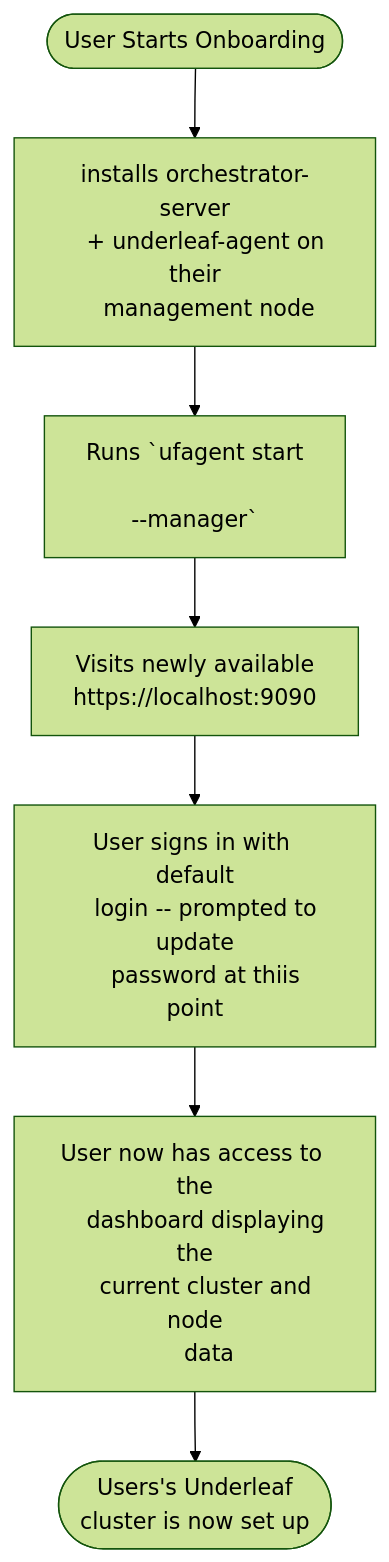
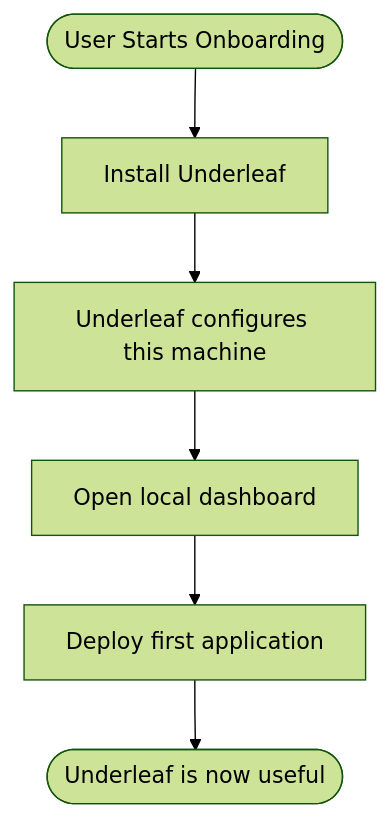
The first of 2 diagrams in RFDs/RFD-1.md (ambientlabscomputing/underleaf_v2), drawn with Mermaid (forest theme) before and after one commit. The commit also changed other lines of this file and 11 other files, not shown here.

Commit message:
feat: Add Docker support and orchestrator server setup with CLI commands

````diff
--- a/RFDs/RFD-1.md
+++ b/RFDs/RFD-1.md
@@ -7,25 +7,15 @@
 ```mermaid
 flowchart TD
-    U([User Starts Onboarding]) --> s100[installs orchestrator-server
-    + underleaf-agent on their
-    management node]
 
-    s100 --> s200[Runs `ufagent start
+U([User Starts Onboarding])
 
-    --manager`]
+U --> A[Install Underleaf]
 
-    s200 --> s300[Visits newly available
-    https://localhost:9090]
+A --> B[Underleaf configures this machine]
 
-    s300 --> s400[User signs in with default
-    login -- prompted to update
-    password at thiis point]
+B --> C[Open local dashboard]
 
-    s400 --> s500[User now has access to the
-    dashboard displaying the
-    current cluster and node
-    data]
+C --> D[Deploy first application]
 
-    s500 --> END([Users's Underleaf 
-    cluster is now set up])
+D --> E([Underleaf is now useful])
 ```
````
